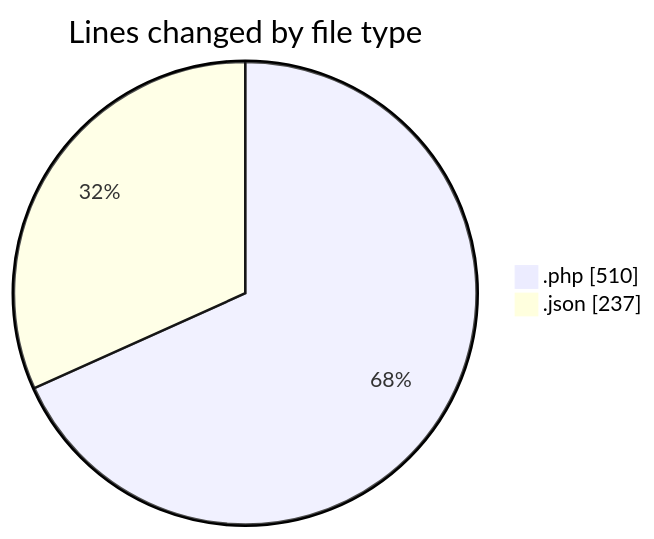
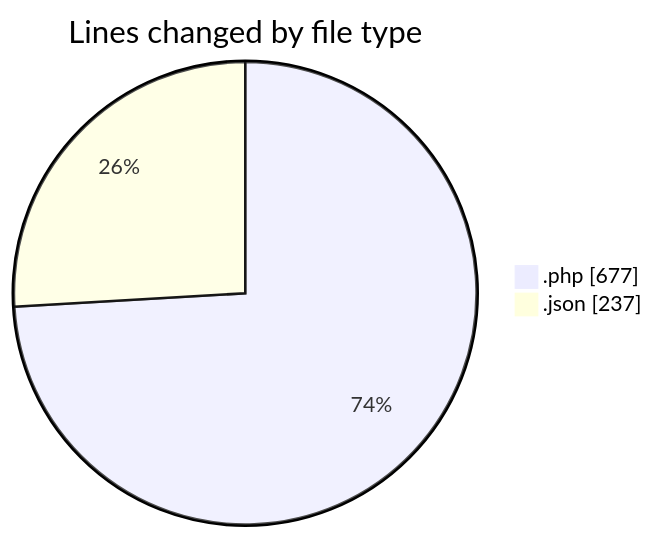
One commit to idhammustaqopulfikri/code-tracking changed the first of 2 diagrams in 2025-06-02/studio-backend/README.md. Above: the diagram before and after it, drawn with Mermaid. The commit also changed other lines of this file and 1 other file, not shown here.

````diff
--- a/2025-06-02/studio-backend/README.md
+++ b/2025-06-02/studio-backend/README.md
@@ -28,6 +29,6 @@
 ```mermaid
 pie showData
 title Lines changed by file type
-".php" : 510
+".php" : 677
 ".json" : 237
 ```
````
